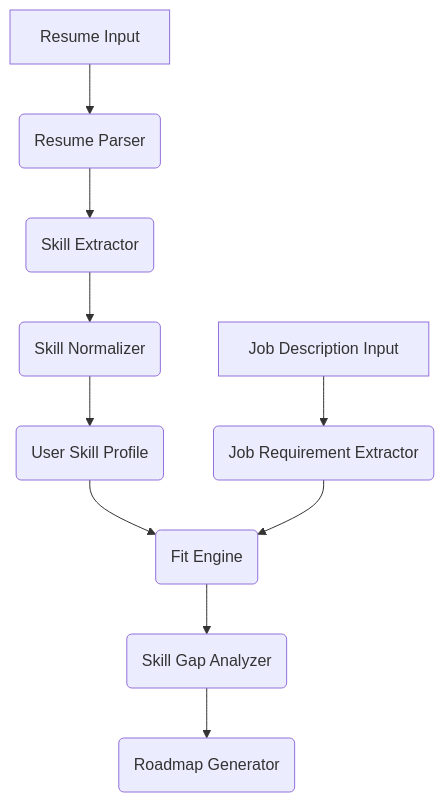
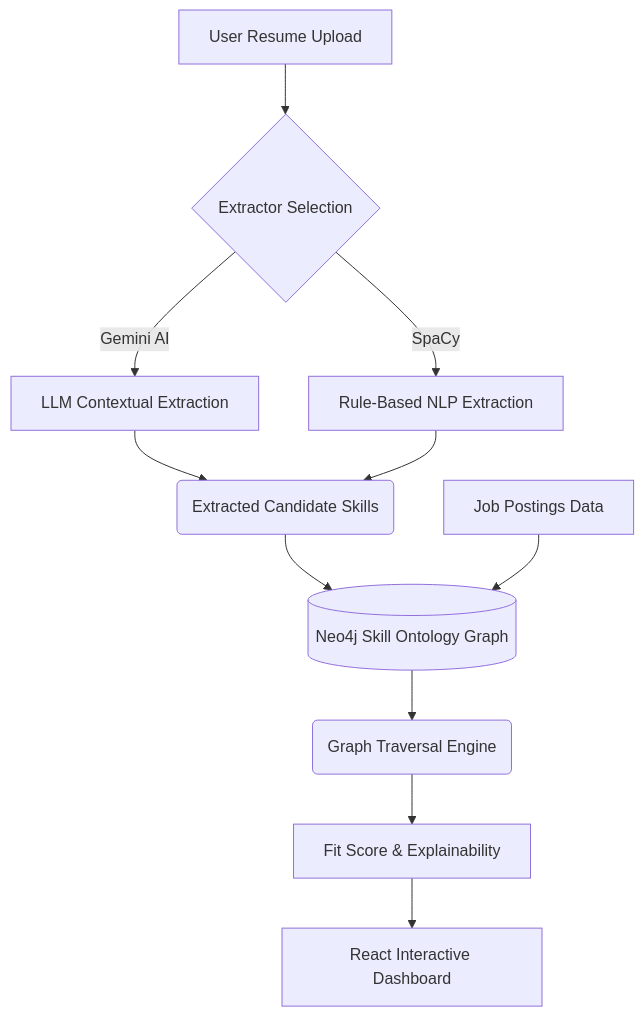
The diagram in README.md (Akashgunsola/skillgap-analyzer), drawn with Mermaid before and after one commit. The commit also changed other lines of this file, not shown here.

````diff
--- a/README.md
+++ b/README.md
@@ -159,12 +79,12 @@
-``` mermaid
+```mermaid
 graph TD
-    A[Resume Input] --> B(Resume Parser);
-    B --> C(Skill Extractor);
-    C --> D(Skill Normalizer);
-    D --> E(User Skill Profile);
-    F[Job Description Input] --> G(Job Requirement Extractor);
-    E & G --> H(Fit Engine);
-    H --> I(Skill Gap Analyzer);
-    I --> J(Roadmap Generator);
-
+    A[User Resume Upload] --> B{Extractor Selection};
+    B -->|Gemini AI| C[LLM Contextual Extraction];
+    B -->|SpaCy| D[Rule-Based NLP Extraction];
+    C & D --> E(Extracted Candidate Skills);
+    E --> F[(Neo4j Skill Ontology Graph)];
+    G[Job Postings Data] --> F;
+    F --> H(Graph Traversal Engine);
+    H --> I[Fit Score & Explainability];
+    I --> J[React Interactive Dashboard];
 ```
````
